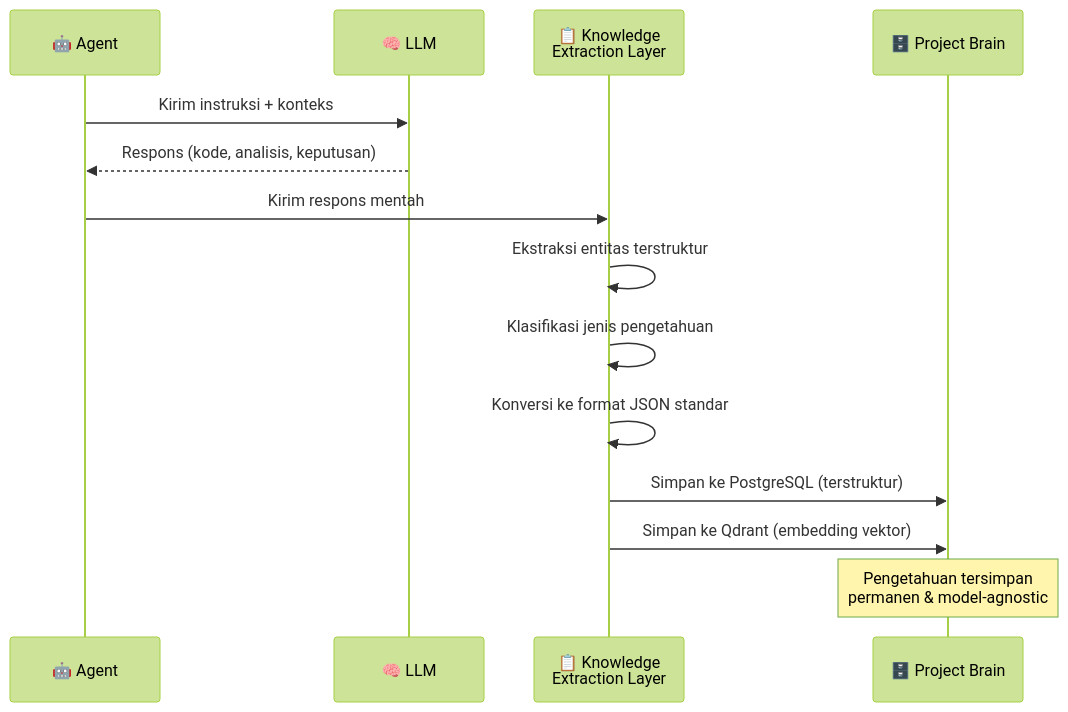
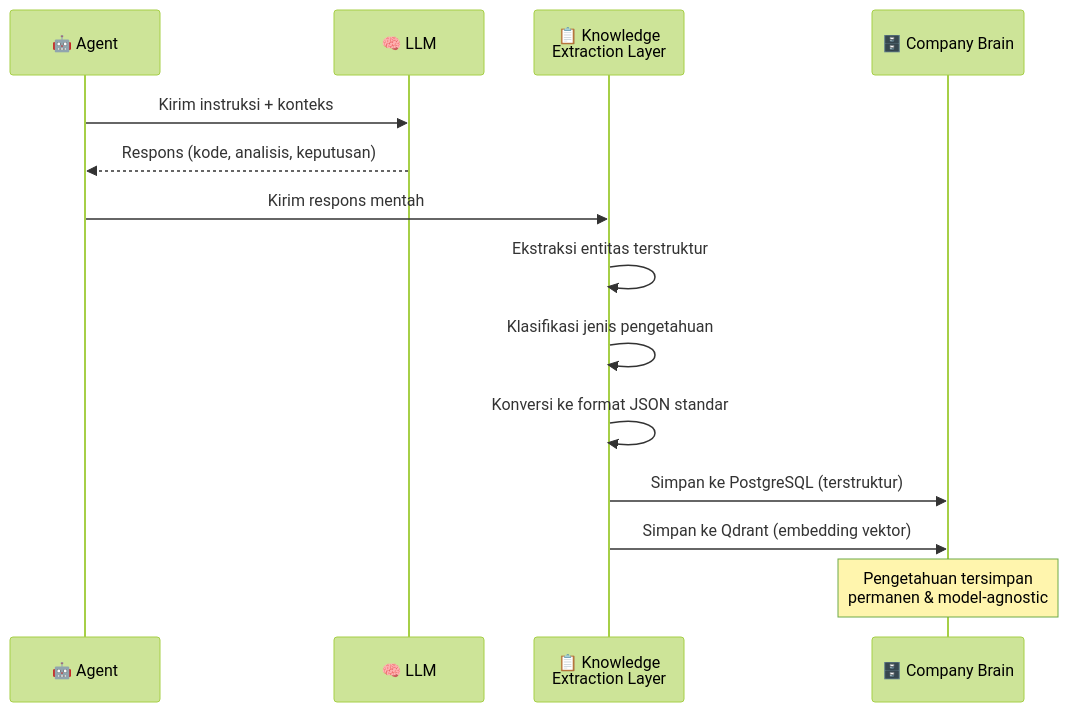
The fourth of 6 diagrams in docs/id/01-vision/philosophy-and-principles.md (aminuddin12/AetherOS), drawn with Mermaid (forest theme) before and after one commit. The commit also changed other lines of this file and 26 other files, not shown here.

Commit message:
docs: restrukturisasi menuju The Open Agent OS (AI Kernel, Company Brain, ADR)

````diff
--- a/docs/id/01-vision/philosophy-and-principles.md
+++ b/docs/id/01-vision/philosophy-and-principles.md
@@ -147,17 +154,17 @@
 ```mermaid
 sequenceDiagram
     participant Agent as 🤖 Agent
     participant LLM as 🧠 LLM
     participant KEL as 📋 Knowledge<br/>Extraction Layer
-    participant PB as 🗄️ Project Brain
+    participant PB as 🗄️ Company Brain
 
     Agent->>LLM: Kirim instruksi + konteks
     LLM-->>Agent: Respons (kode, analisis, keputusan)
     Agent->>KEL: Kirim respons mentah
     KEL->>KEL: Ekstraksi entitas terstruktur
     KEL->>KEL: Klasifikasi jenis pengetahuan
     KEL->>KEL: Konversi ke format JSON standar
     KEL->>PB: Simpan ke PostgreSQL (terstruktur)
     KEL->>PB: Simpan ke Qdrant (embedding vektor)
     Note over PB: Pengetahuan tersimpan<br/>permanen & model-agnostic
 ```
````
